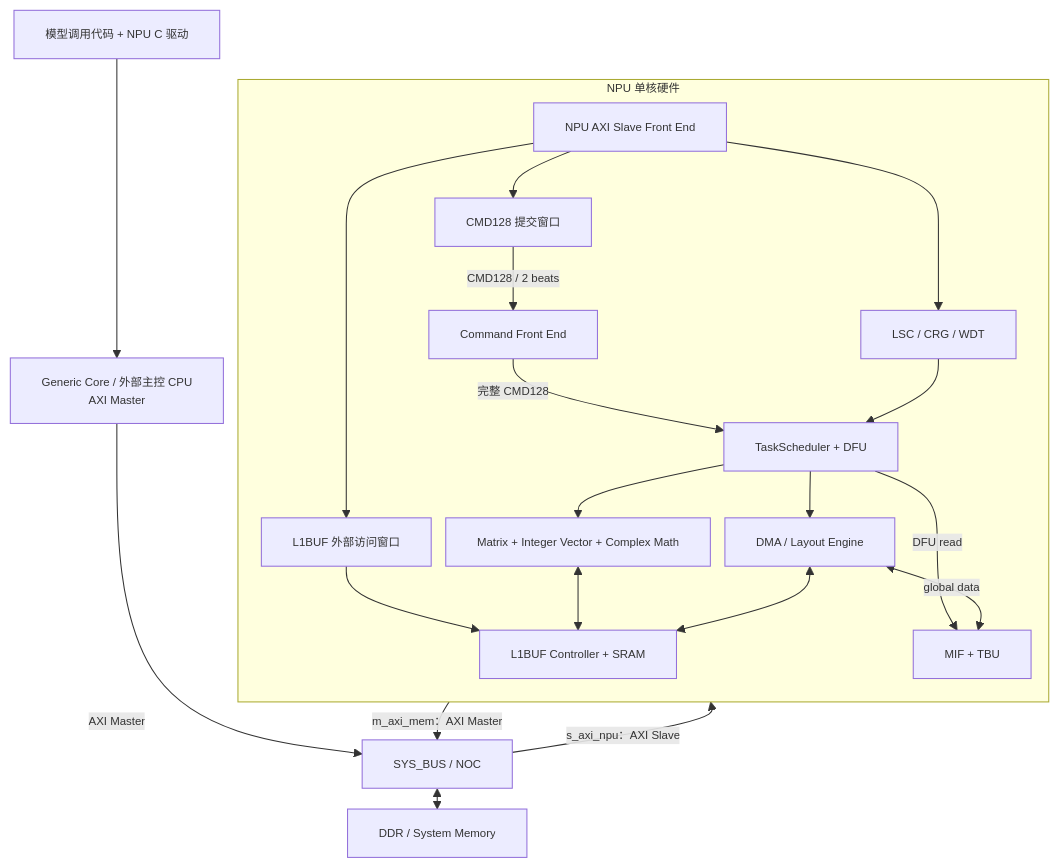
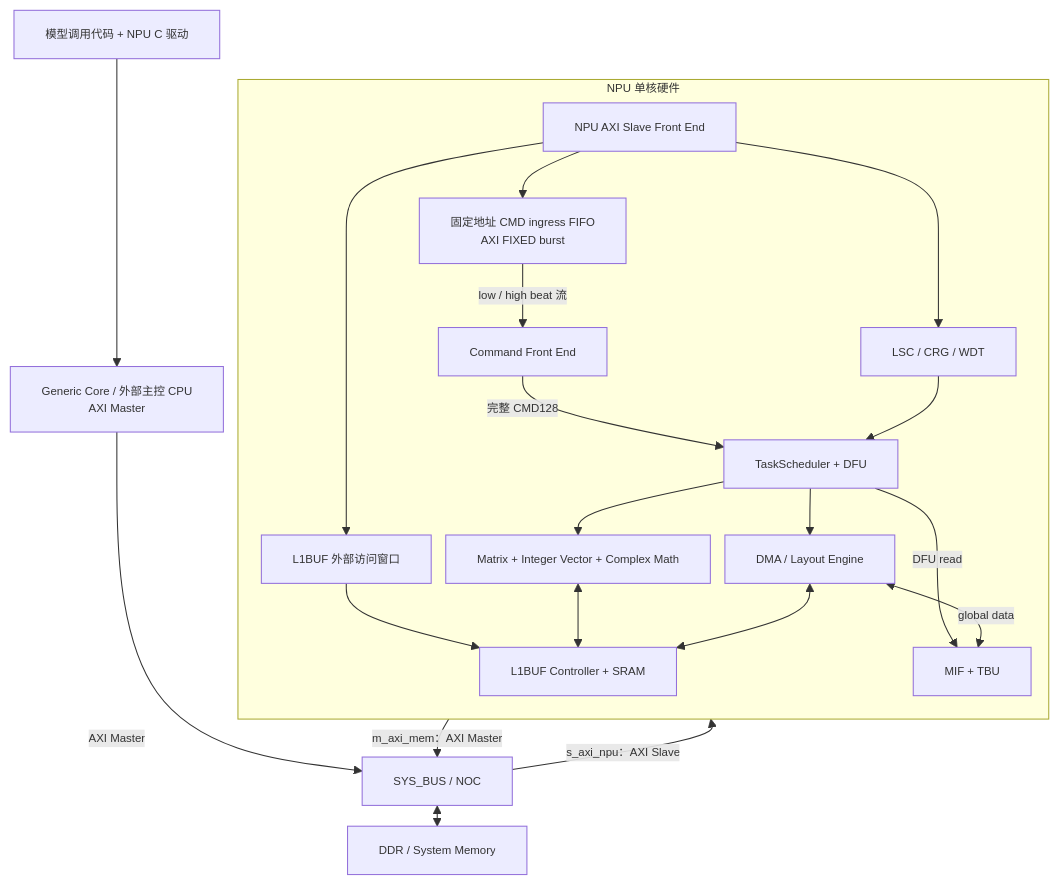
One commit to Little-W/Obsidian changed the second of 17 diagrams in NPU/NPU 指令与硬件架构设计 Spec.md. Above: the diagram before and after it, drawn with Mermaid. The commit also changed other lines of this file and 27 other files, not shown here.

````diff
--- a/NPU/NPU 指令与硬件架构设计 Spec.md
+++ b/NPU/NPU 指令与硬件架构设计 Spec.md
@@ -342,39 +344,39 @@
 ```mermaid
 %%{init: {"flowchart": {"useMaxWidth": true, "nodeSpacing": 14, "rankSpacing": 20}, "themeVariables": {"fontSize": "11px"}}}%%
 flowchart TB
     GC["Generic Core / 外部主控 CPU<br/>AXI Master"]
     SW["模型调用代码 + NPU C 驱动"]
     NOC["SYS_BUS / NOC"]
     DDR["DDR / System Memory"]
 
     subgraph SUB["NPU 单核硬件"]
         direction TB
         SSA0["NPU AXI Slave Front End"]
-        CMD0["CMD128 提交窗口"]
+        CMD0["固定地址 CMD ingress FIFO<br/>AXI FIXED burst"]
         LSC0["LSC / CRG / WDT"]
         L1WIN0["L1BUF 外部访问窗口"]
         CFE0["Command Front End"]
         TS0["TaskScheduler + DFU"]
         CALC0["Matrix + Integer Vector + Complex Math"]
         DMA0["DMA / Layout Engine"]
         L10["L1BUF Controller + SRAM"]
         MIF0["MIF + TBU"]
 
-        SSA0 --> CMD0 -->|"CMD128 / 2 beats"| CFE0 -->|"完整 CMD128"| TS0
+        SSA0 --> CMD0 -->|"low / high beat 流"| CFE0 -->|"完整 CMD128"| TS0
         SSA0 --> LSC0
         SSA0 --> L1WIN0 --> L10
         TS0 --> CALC0
         TS0 --> DMA0
         CALC0 <--> L10
         DMA0 <--> L10
         TS0 -->|"DFU read"| MIF0
         DMA0 <-->|"global data"| MIF0
         LSC0 --> TS0
     end
 
     SW --> GC
     GC -->|"AXI Master"| NOC
     NOC -->|"s_axi_npu：AXI Slave"| SSA0
     MIF0 -->|"m_axi_mem：AXI Master"| NOC
     NOC <--> DDR
 ```
````
